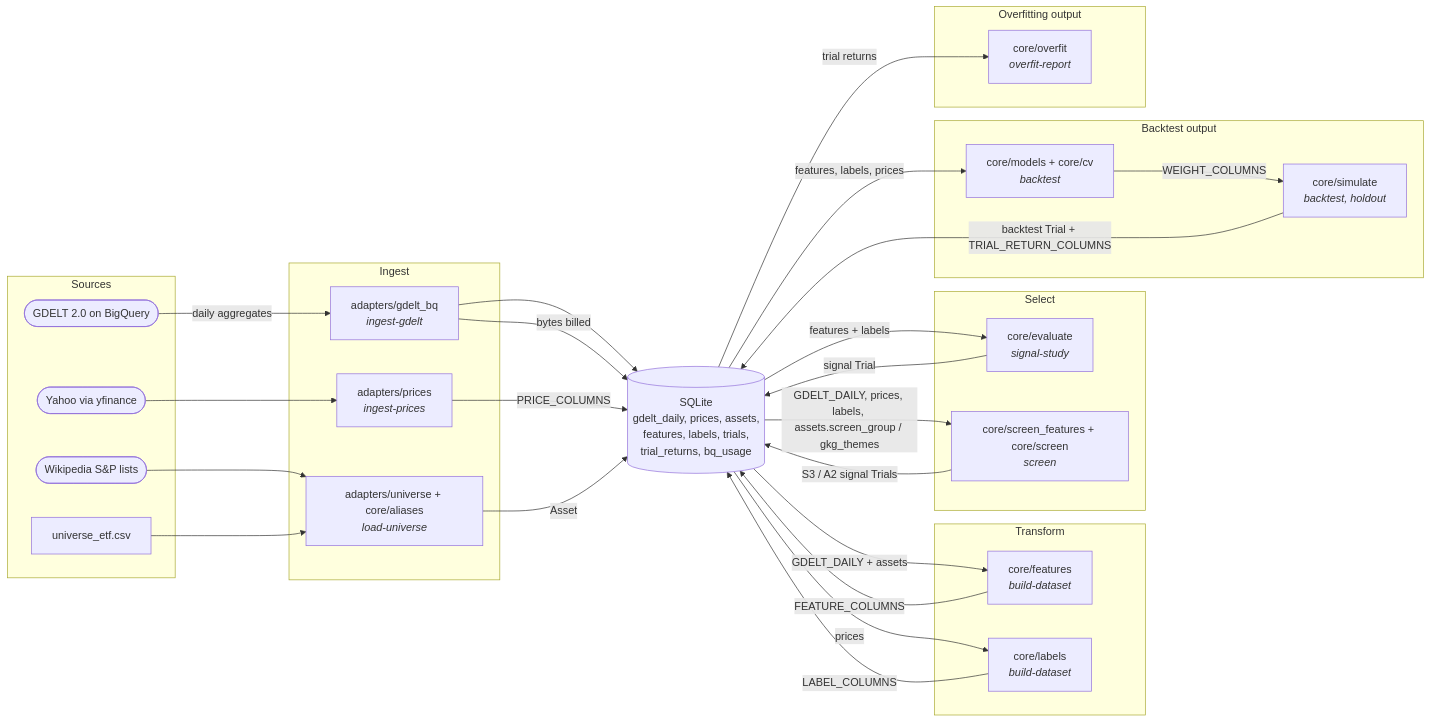
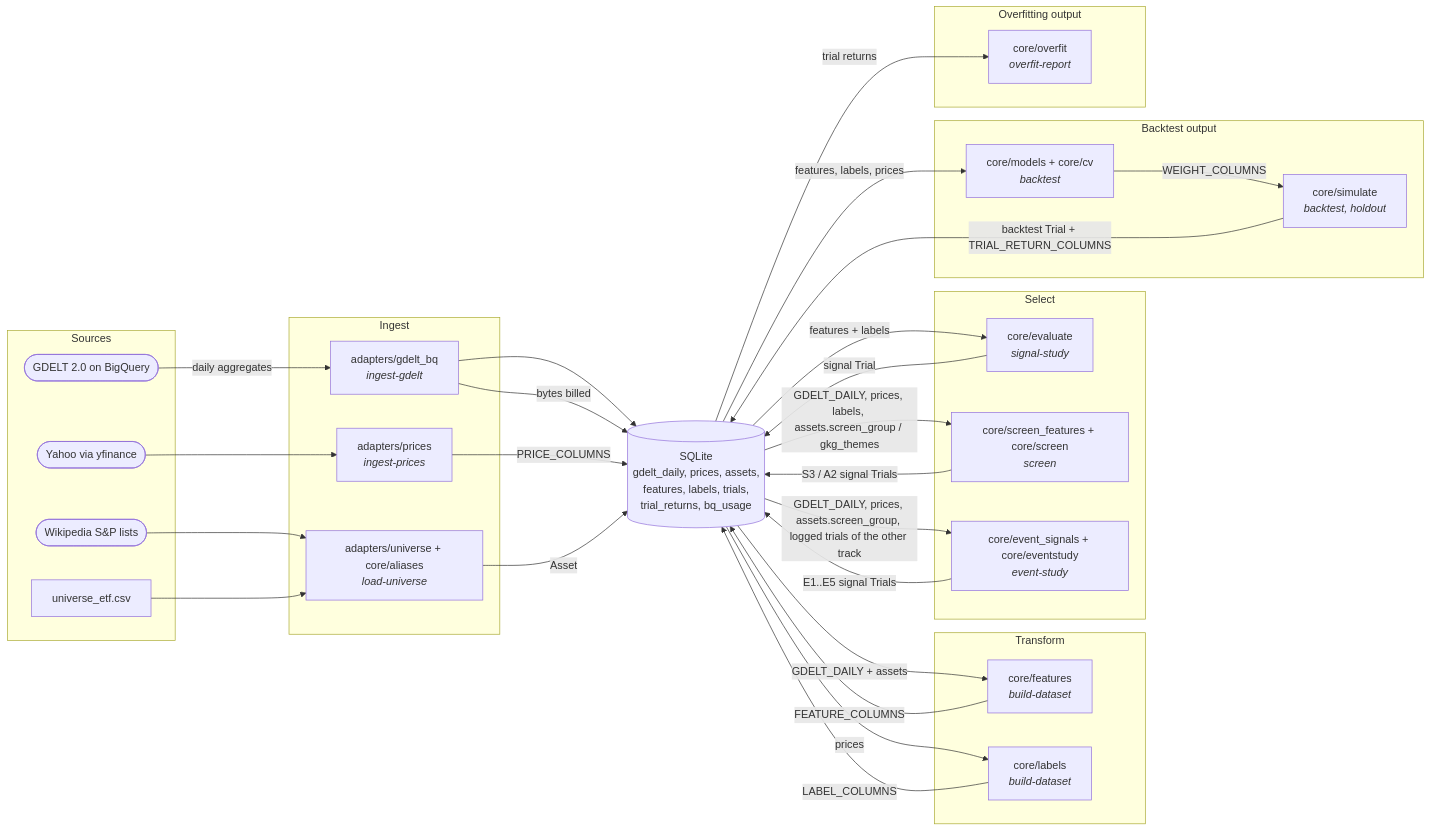
The second of 2 diagrams in docs/components/cli.md (Boyao0305/eventtrade-gdelt), drawn with Mermaid before and after one commit. The commit also changed other lines of this file and 10 other files, not shown here.

First line of the commit message:
ADR 0005 event study: triggers, calendar-time portfolios, placebo-date max-t discovery null, placebo confirmation, CLI 'event-study'

````diff
--- a/docs/components/cli.md
+++ b/docs/components/cli.md
@@ -40,42 +48,44 @@
 ```mermaid
 flowchart LR
     subgraph sources[Sources]
         bq([GDELT 2.0 on BigQuery])
         yahoo([Yahoo via yfinance])
         wiki([Wikipedia S&P lists])
         csv[universe_etf.csv]
     end
     subgraph ingest[Ingest]
         gdelt_bq["adapters/gdelt_bq<br/><i>ingest-gdelt</i>"]
         prices["adapters/prices<br/><i>ingest-prices</i>"]
         universe["adapters/universe + core/aliases<br/><i>load-universe</i>"]
     end
     db[(SQLite<br/>gdelt_daily, prices, assets,<br/>features, labels, trials,<br/>trial_returns, bq_usage)]
     subgraph build[Transform]
         features["core/features<br/><i>build-dataset</i>"]
         labels["core/labels<br/><i>build-dataset</i>"]
     end
     subgraph select[Select]
         evaluate["core/evaluate<br/><i>signal-study</i>"]
         screen["core/screen_features + core/screen<br/><i>screen</i>"]
+        eventst["core/event_signals + core/eventstudy<br/><i>event-study</i>"]
     end
     subgraph bt[Backtest output]
         models["core/models + core/cv<br/><i>backtest</i>"]
         simulate["core/simulate<br/><i>backtest, holdout</i>"]
     end
     subgraph of[Overfitting output]
         overfit["core/overfit<br/><i>overfit-report</i>"]
     end
     bq -->|daily aggregates| gdelt_bq --> db
     gdelt_bq -->|bytes billed| db
     yahoo --> prices -->|PRICE_COLUMNS| db
     wiki --> universe
     csv --> universe -->|Asset| db
     db -->|GDELT_DAILY + assets| features -->|FEATURE_COLUMNS| db
     db -->|prices| labels -->|LABEL_COLUMNS| db
     db -->|features + labels| evaluate -->|signal Trial| db
     db -->|GDELT_DAILY, prices, labels, assets.screen_group / gkg_themes| screen -->|S3 / A2 signal Trials| db
+    db -->|GDELT_DAILY, prices, assets.screen_group, logged trials of the other track| eventst -->|E1..E5 signal Trials| db
     db -->|features, labels, prices| models -->|WEIGHT_COLUMNS| simulate
     simulate -->|backtest Trial + TRIAL_RETURN_COLUMNS| db
     db -->|trial returns| overfit
 ```
````
